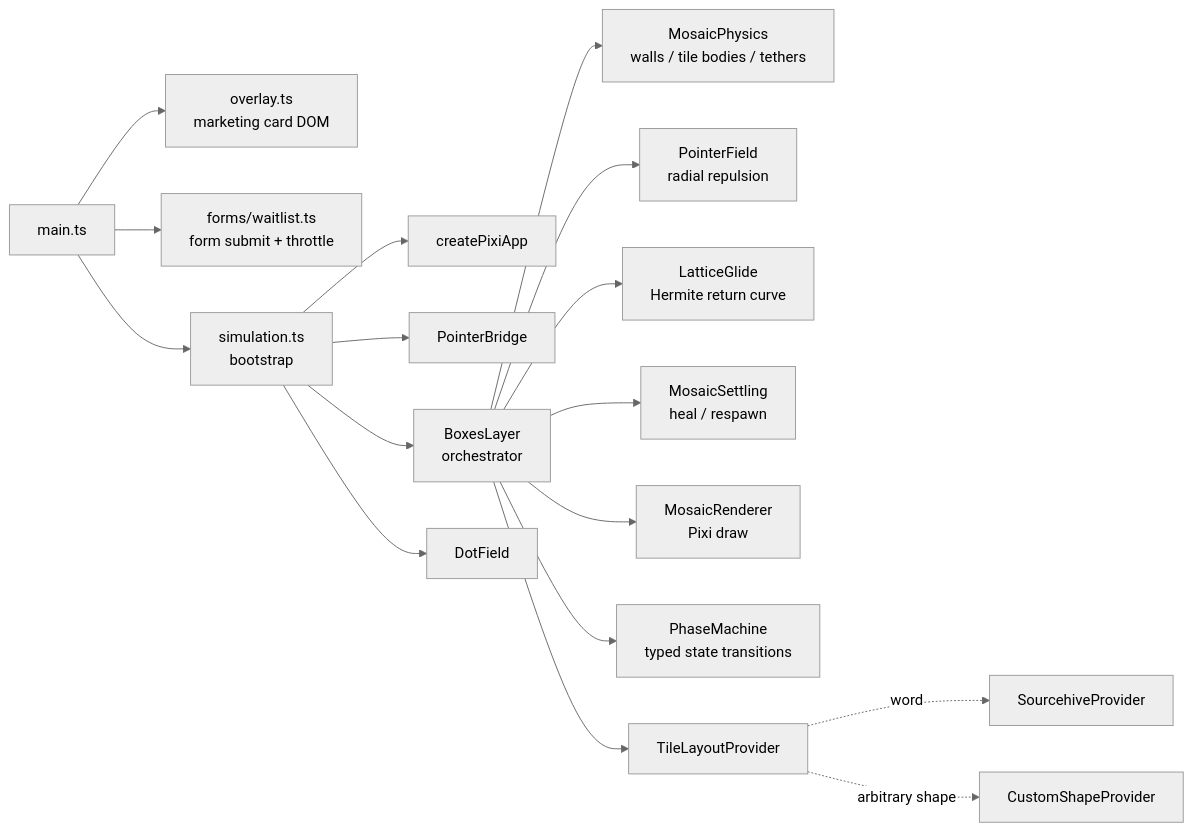
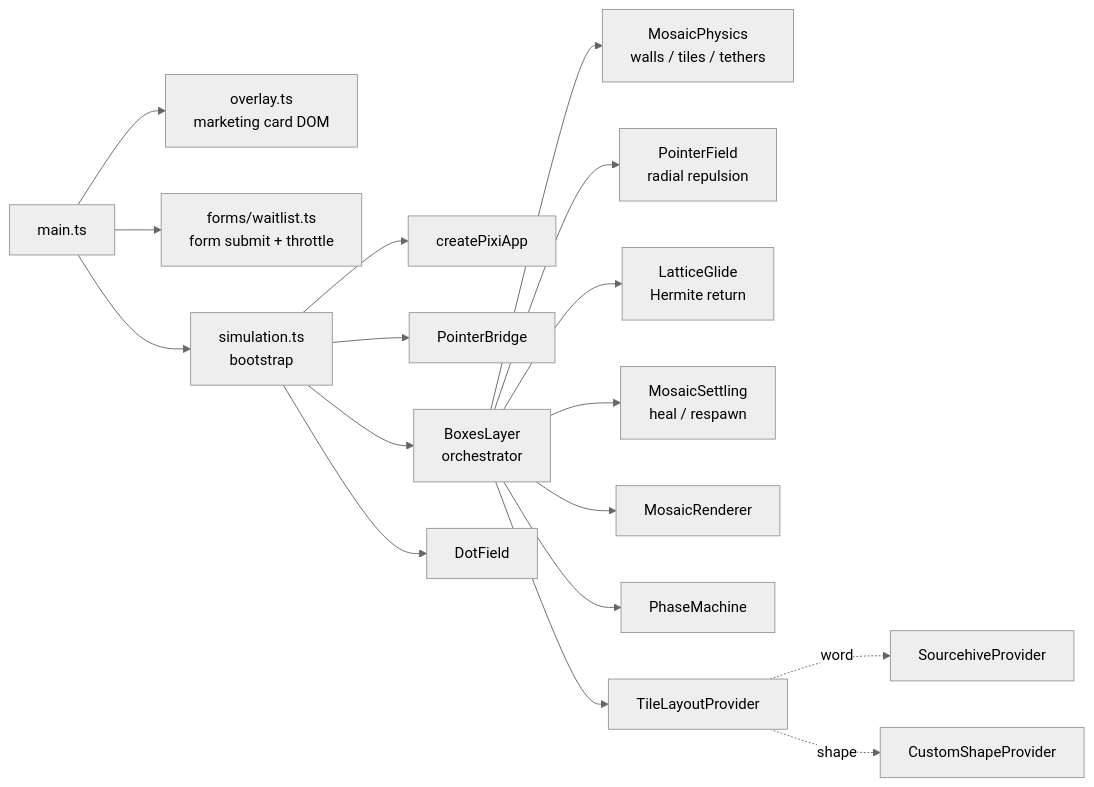
Before and after one commit to One-Simon/parkingpage-comingsoon: the diagram in README.md, drawn with Mermaid (neutral theme). The commit also changed other lines of this file, not shown here.

````diff
--- a/README.md
+++ b/README.md
@@ -225,22 +164,21 @@
 ```mermaid
 flowchart LR
-  main[main.ts]
-  main --> overlay[overlay.ts<br/>marketing card DOM]
+  main[main.ts] --> overlay[overlay.ts<br/>marketing card DOM]
   main --> waitlist[forms/waitlist.ts<br/>form submit + throttle]
   main --> sim[simulation.ts<br/>bootstrap]
 
   sim --> pixi[createPixiApp]
   sim --> pb[PointerBridge]
   sim --> boxes[BoxesLayer<br/>orchestrator]
   sim --> dots[DotField]
 
-  boxes --> physics[MosaicPhysics<br/>walls / tile bodies / tethers]
+  boxes --> physics[MosaicPhysics<br/>walls / tiles / tethers]
   boxes --> field[PointerField<br/>radial repulsion]
-  boxes --> glide[LatticeGlide<br/>Hermite return curve]
+  boxes --> glide[LatticeGlide<br/>Hermite return]
   boxes --> settle[MosaicSettling<br/>heal / respawn]
-  boxes --> renderer[MosaicRenderer<br/>Pixi draw]
-  boxes --> phase[PhaseMachine<br/>typed state transitions]
+  boxes --> renderer[MosaicRenderer]
+  boxes --> phase[PhaseMachine]
   boxes --> provider[TileLayoutProvider]
   provider -. word .-> sourcehive[SourcehiveProvider]
-  provider -. arbitrary shape .-> custom[CustomShapeProvider]
+  provider -. shape .-> custom[CustomShapeProvider]
 ```
````
